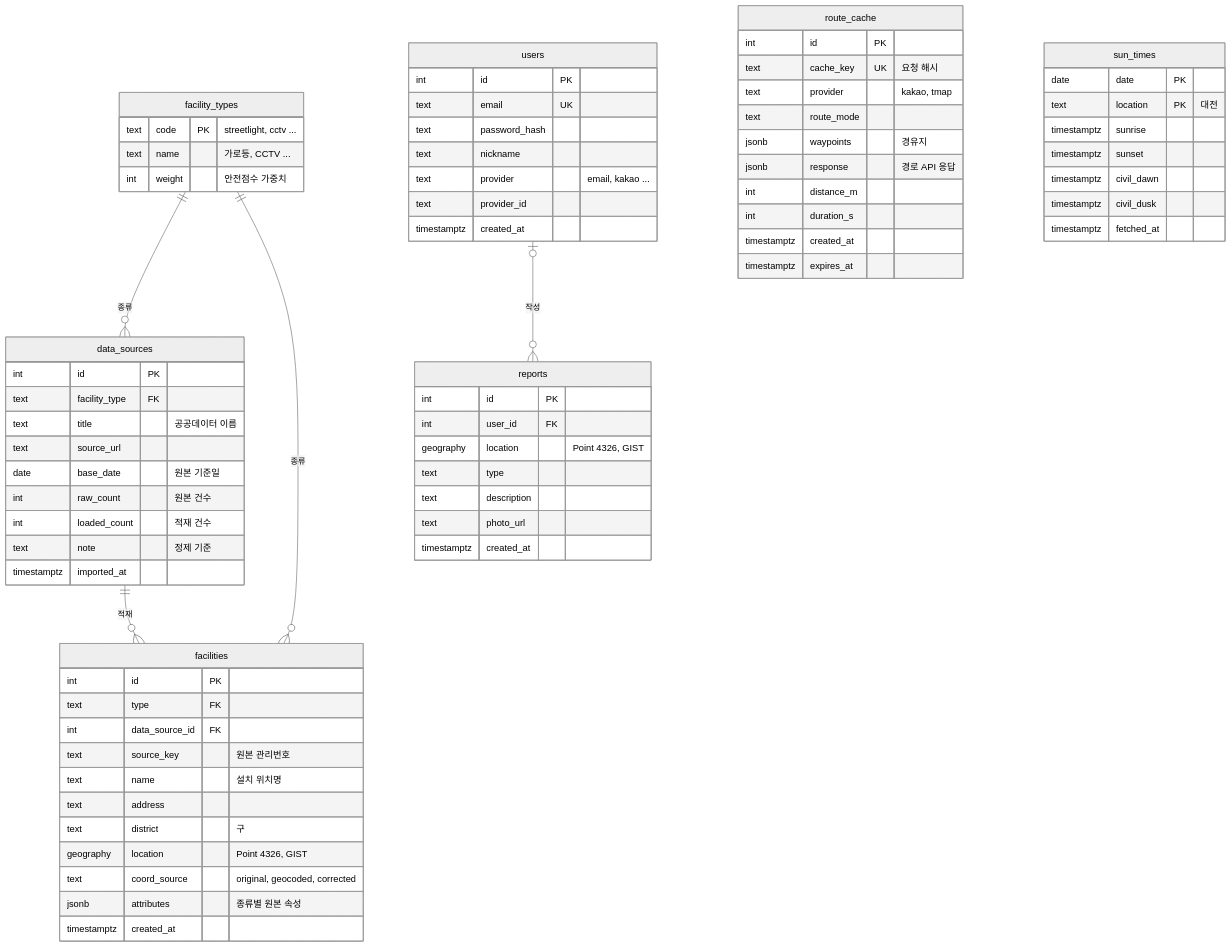
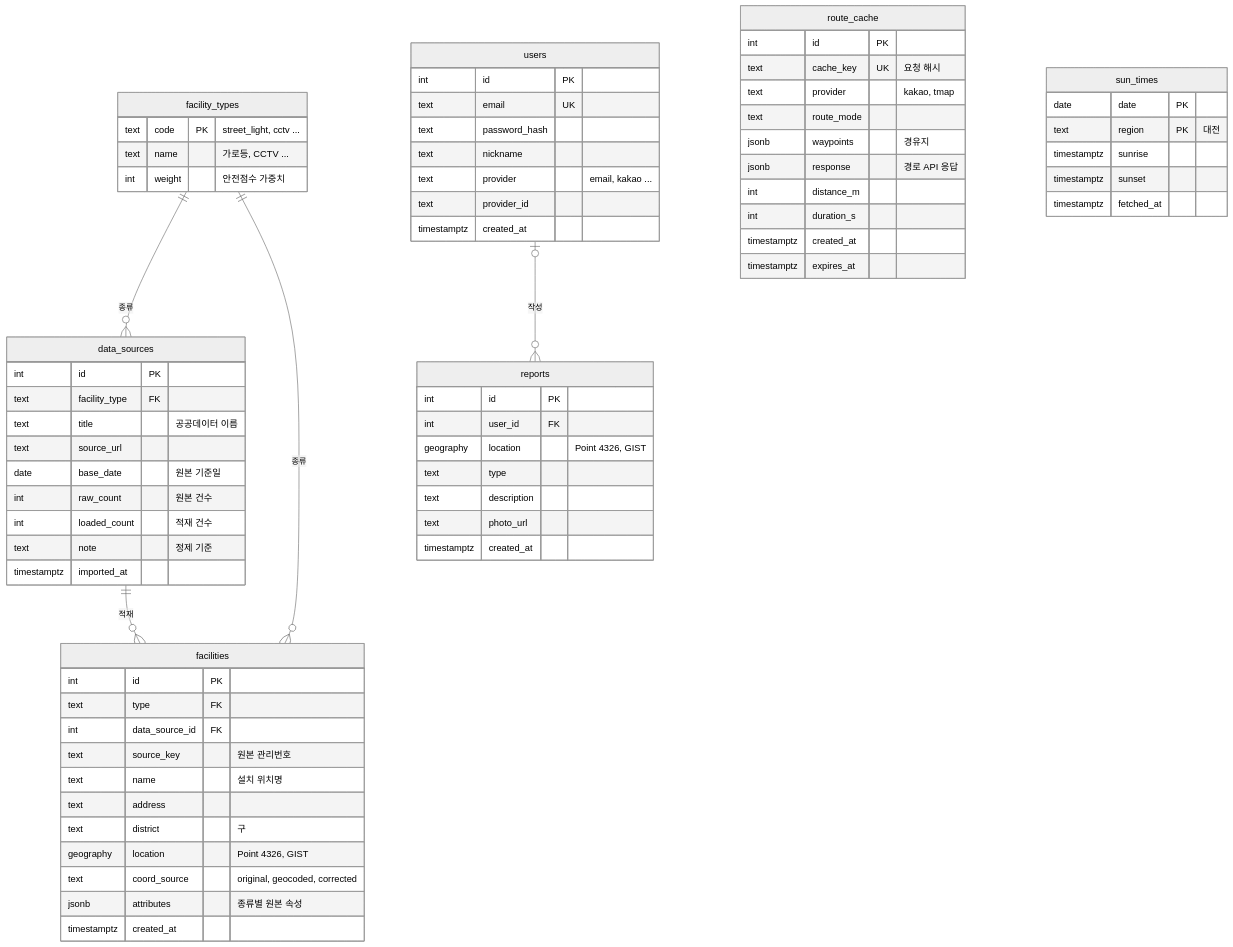
Before and after one commit to wjxor/deungdae: the diagram in docs/ERD.md, drawn with Mermaid (neutral theme). The commit also changed other lines of this file and 1 other file, not shown here.

First line of the commit message:
FR-002·FR-005 ERD 리뷰 반영: 시설 코드 표기 통일과 sun_times 정리

````diff
--- a/docs/ERD.md
+++ b/docs/ERD.md
@@ -10,76 +10,74 @@
 ```mermaid
 erDiagram
     facility_types ||--o{ data_sources : "종류"
     facility_types ||--o{ facilities : "종류"
     data_sources ||--o{ facilities : "적재"
     users |o--o{ reports : "작성"
 
     facility_types {
-        text code PK "streetlight, cctv ..."
+        text code PK "street_light, cctv ..."
         text name "가로등, CCTV ..."
         int weight "안전점수 가중치"
     }
     data_sources {
         int id PK
         text facility_type FK
         text title "공공데이터 이름"
         text source_url
         date base_date "원본 기준일"
         int raw_count "원본 건수"
         int loaded_count "적재 건수"
         text note "정제 기준"
         timestamptz imported_at
     }
     facilities {
         int id PK
         text type FK
         int data_source_id FK
         text source_key "원본 관리번호"
         text name "설치 위치명"
         text address
         text district "구"
         geography location "Point 4326, GIST"
         text coord_source "original, geocoded, corrected"
         jsonb attributes "종류별 원본 속성"
         timestamptz created_at
     }
     route_cache {
         int id PK
         text cache_key UK "요청 해시"
         text provider "kakao, tmap"
         text route_mode
         jsonb waypoints "경유지"
         jsonb response "경로 API 응답"
         int distance_m
         int duration_s
         timestamptz created_at
         timestamptz expires_at
     }
     sun_times {
         date date PK
-        text location PK "대전"
+        text region PK "대전"
         timestamptz sunrise
         timestamptz sunset
-        timestamptz civil_dawn
-        timestamptz civil_dusk
         timestamptz fetched_at
     }
     users {
         int id PK
         text email UK
         text password_hash
         text nickname
         text provider "email, kakao ..."
         text provider_id
         timestamptz created_at
     }
     reports {
         int id PK
         int user_id FK
         geography location "Point 4326, GIST"
         text type
         text description
         text photo_url
         timestamptz created_at
     }
 ```
````
